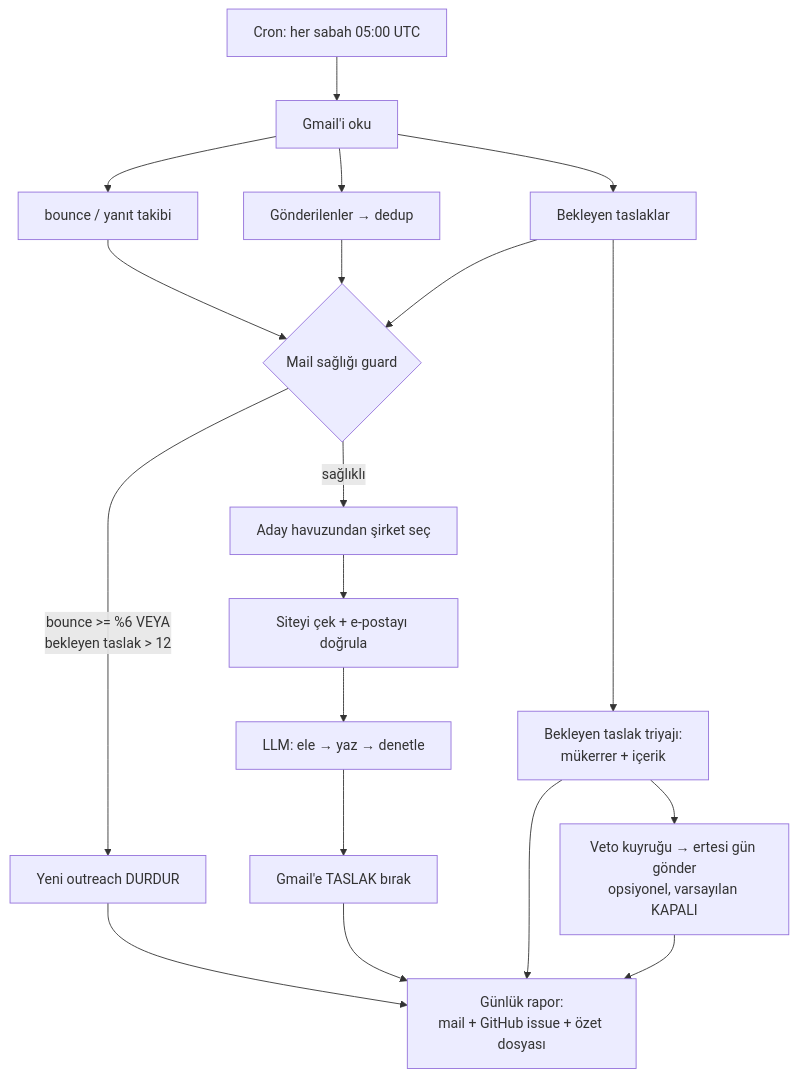
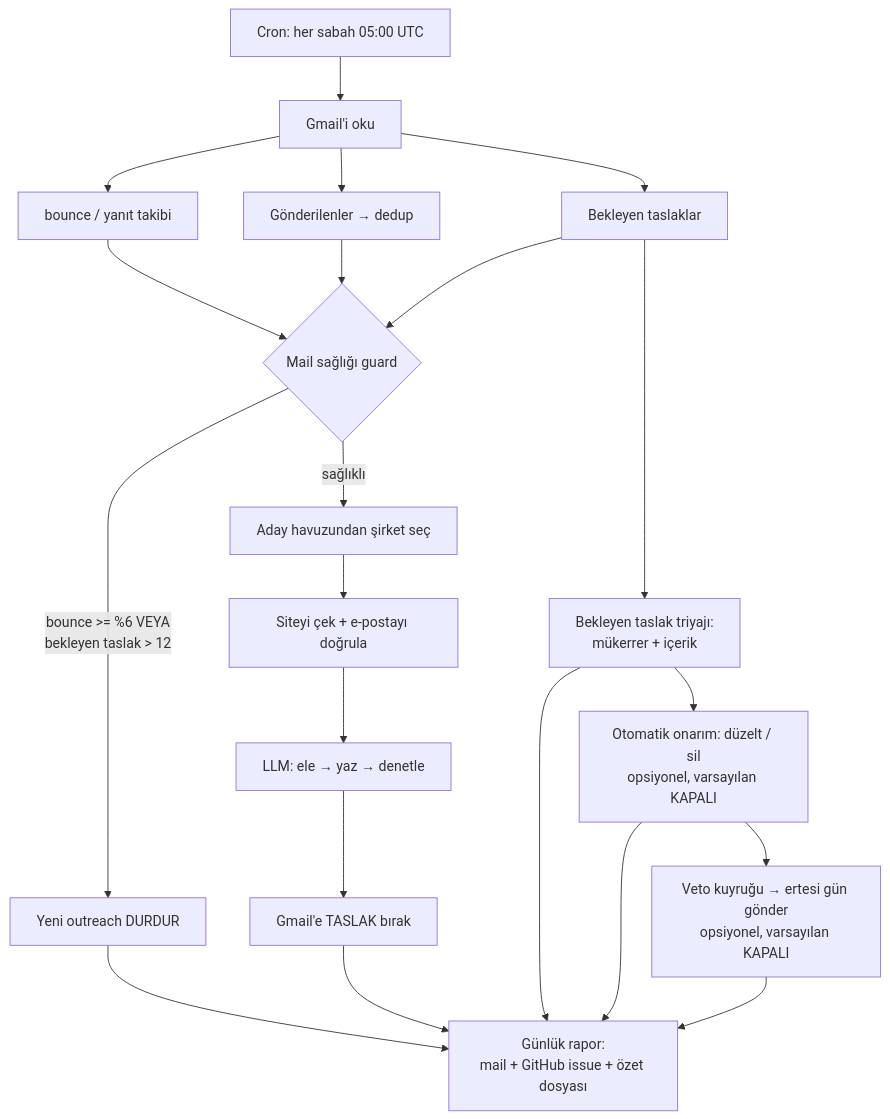
The diagram in ARCHITECTURE.md (tarikdeveci/outreachos), drawn with Mermaid before and after one commit. The commit also changed other lines of this file and 12 other files, not shown here.

First line of the commit message:
feat: otomatik onarım, Gmail yeniden deneme, hayalet veto koruması; kurulum rehberi

````diff
--- a/ARCHITECTURE.md
+++ b/ARCHITECTURE.md
@@ -65,16 +65,17 @@
 ```mermaid
 flowchart TD
     A[Cron: her sabah 05:00 UTC] --> B[Gmail'i oku]
     B --> B1[bounce / yanıt takibi]
     B --> B2[Gönderilenler → dedup]
     B --> B3[Bekleyen taslaklar]
     B1 & B2 & B3 --> G{Mail sağlığı guard}
     G -->|bounce >= %6 VEYA<br/>bekleyen taslak > 12| STOP[Yeni outreach DURDUR]
     G -->|sağlıklı| D[Aday havuzundan şirket seç]
     D --> E[Siteyi çek + e-postayı doğrula]
     E --> F[LLM: ele → yaz → denetle]
     F --> H[Gmail'e TASLAK bırak]
     B3 --> I[Bekleyen taslak triyajı:<br/>mükerrer + içerik]
-    I --> J[Veto kuyruğu → ertesi gün gönder<br/>opsiyonel, varsayılan KAPALI]
-    STOP & H & I & J --> R[Günlük rapor:<br/>mail + GitHub issue + özet dosyası]
+    I --> K[Otomatik onarım: düzelt / sil<br/>opsiyonel, varsayılan KAPALI]
+    K --> J[Veto kuyruğu → ertesi gün gönder<br/>opsiyonel, varsayılan KAPALI]
+    STOP & H & I & K & J --> R[Günlük rapor:<br/>mail + GitHub issue + özet dosyası]
 ```
````
